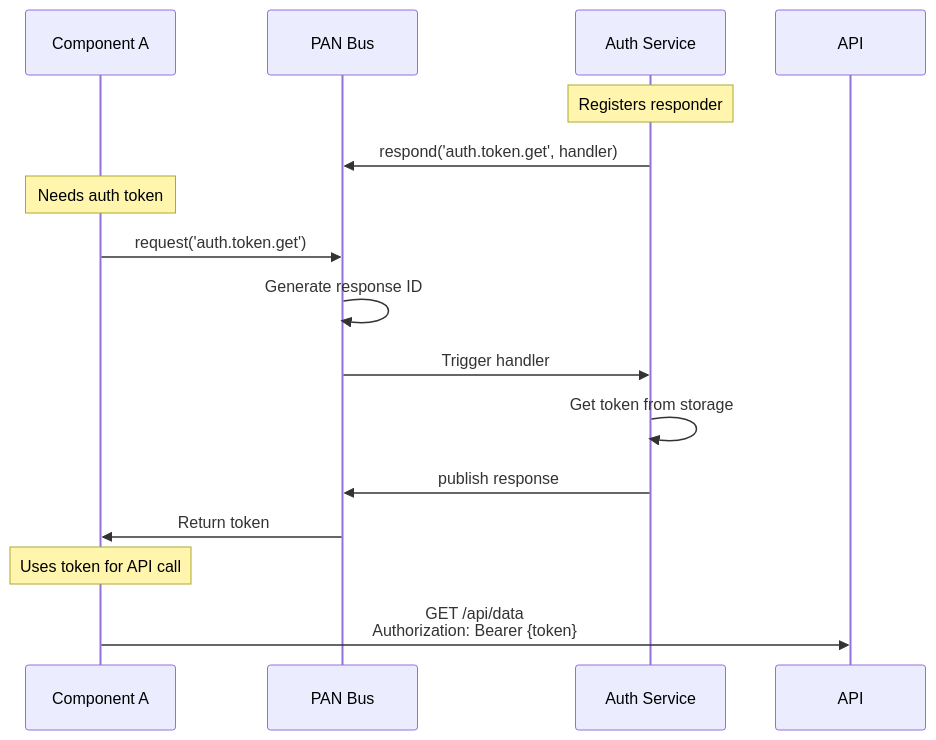
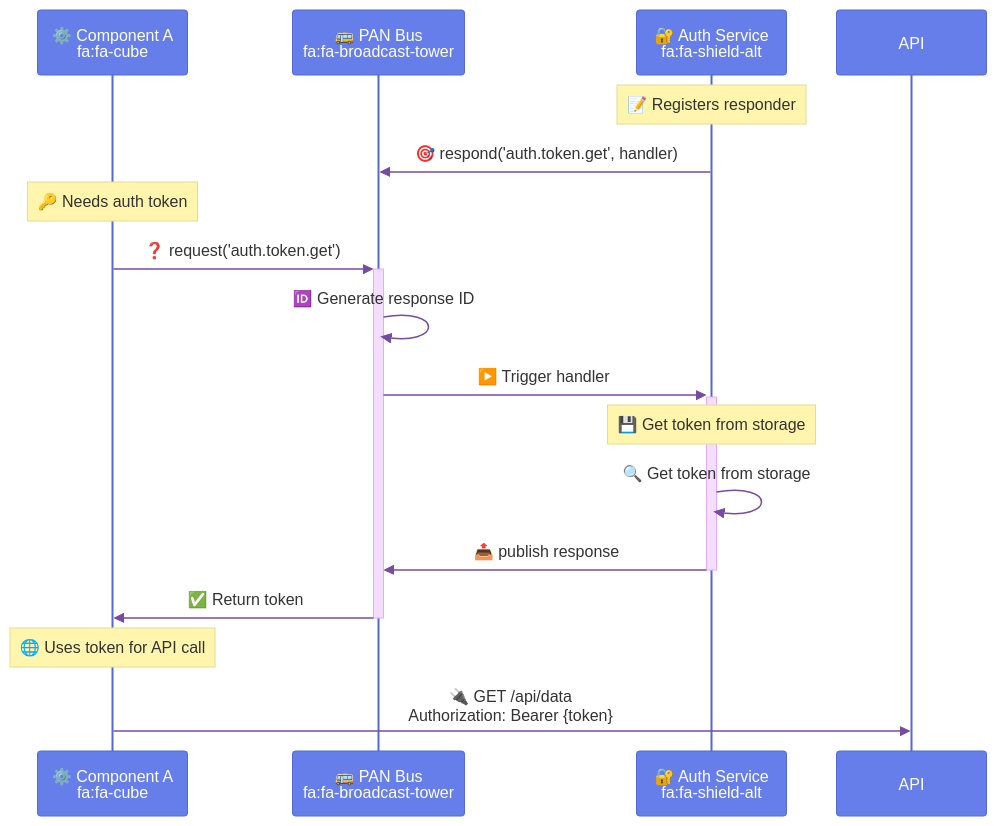
The fifth of 10 diagrams in docs/books/learning-larc/diagrams/05-pan-bus.md (larcjs/larc), drawn with Mermaid before and after one commit. The commit also changed other lines of this file and 12 other files, not shown here.

First line of the commit message:
docs: expand Learning LARC chapters 11-19 into individual files and enhance diagrams

````diff
--- a/docs/books/learning-larc/diagrams/05-pan-bus.md
+++ b/docs/books/learning-larc/diagrams/05-pan-bus.md
@@ -158,23 +174,25 @@
 ```mermaid
+%%{init: {'theme':'base', 'themeVariables': { 'actorBkg':'#667eea','actorBorder':'#5568d3','actorTextColor':'#fff','signalColor':'#764ba2'}}}%%
 sequenceDiagram
-    participant Requester as Component A
-    participant PAN as PAN Bus
-    participant Responder as Auth Service
+    participant Requester as ⚙️ Component A<br/>fa:fa-cube
+    participant PAN as 🚌 PAN Bus<br/>fa:fa-broadcast-tower
+    participant Responder as 🔐 Auth Service<br/>fa:fa-shield-alt
 
-    Note over Responder: Registers responder
-    Responder->>PAN: respond('auth.token.get', handler)
+    Note over Responder: 📝 Registers responder
+    Responder->>PAN: 🎯 respond('auth.token.get', handler)
 
-    Note over Requester: Needs auth token
-    Requester->>PAN: request('auth.token.get')
+    Note over Requester: 🔑 Needs auth token
+    Requester->>+PAN: ❓ request('auth.token.get')
 
-    PAN->>PAN: Generate response ID
-    PAN->>Responder: Trigger handler
+    PAN->>PAN: 🆔 Generate response ID
+    PAN->>+Responder: ▶️ Trigger handler
 
-    Responder->>Responder: Get token from storage
-    Responder->>PAN: publish response
+    Note over Responder: 💾 Get token from storage
+    Responder->>Responder: 🔍 Get token from storage
+    Responder->>-PAN: 📤 publish response
 
-    PAN->>Requester: Return token
+    PAN->>-Requester: ✅ Return token
 
-    Note over Requester: Uses token for API call
-    Requester->>API: GET /api/data<br/>Authorization: Bearer {token}
+    Note over Requester: 🌐 Uses token for API call
+    Requester->>API: 🔌 GET /api/data<br/>Authorization: Bearer {token}
 ```
````
